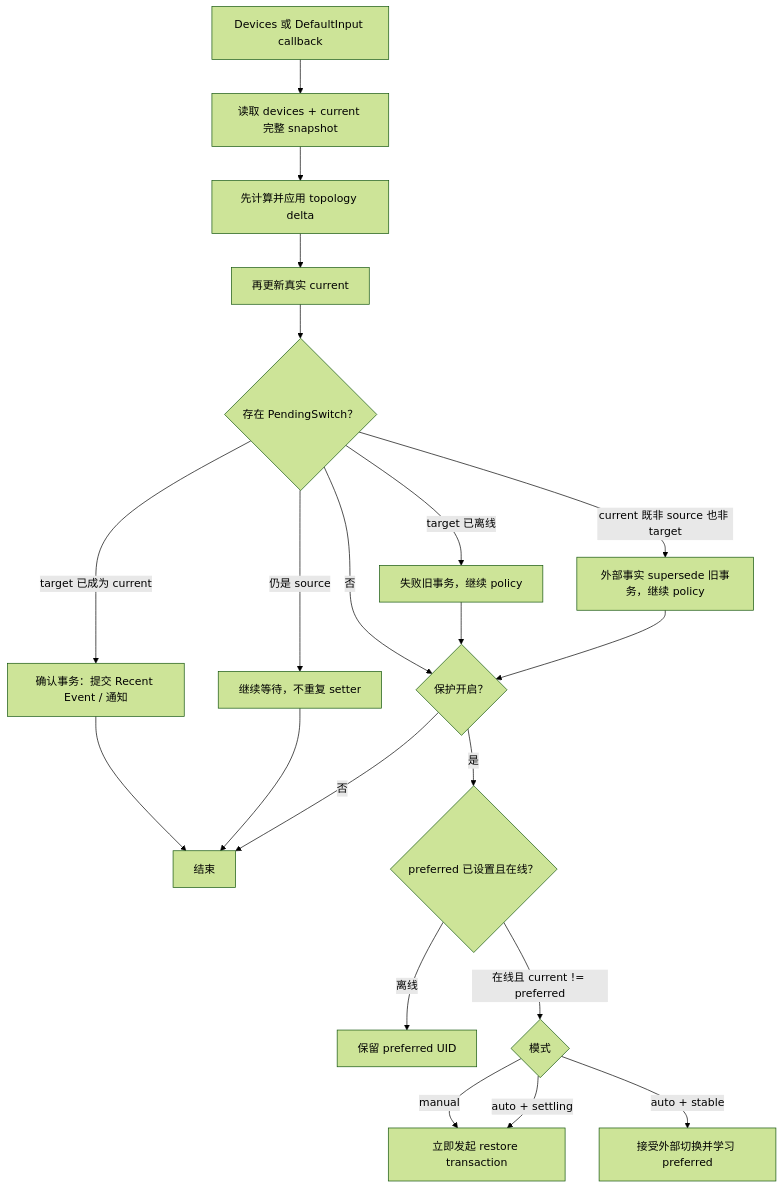
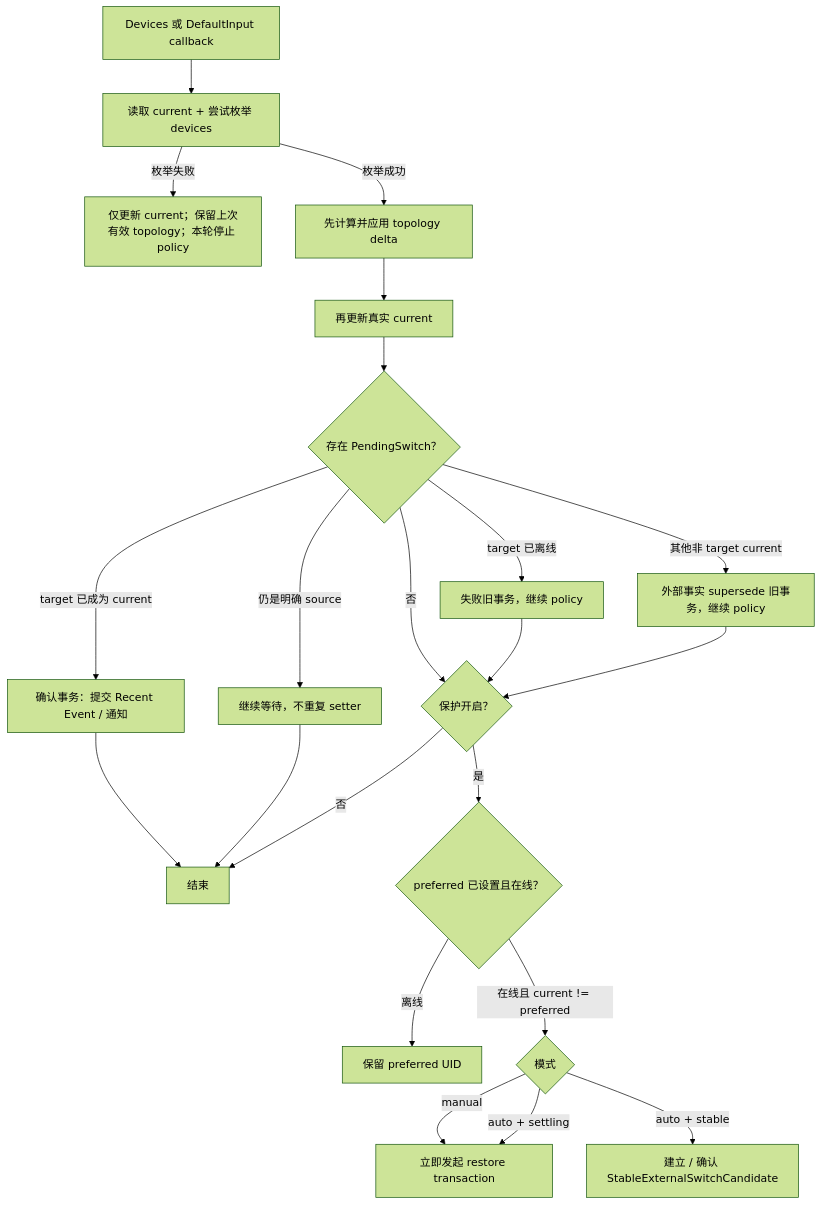
The second of 3 diagrams in docs/auto-mode.md (Forgo7ten/MicLock), drawn with Mermaid (forest theme) before and after one commit. The commit also changed other lines of this file and 1 other file, not shown here.

Commit message:
docs(auto): document staged CoreAudio reconciliation

````diff
--- a/docs/auto-mode.md
+++ b/docs/auto-mode.md
@@ -61,23 +61,24 @@
 ```mermaid
 flowchart TD
-    A["Devices 或 DefaultInput callback"] --> B["读取 devices + current 完整 snapshot"]
-    B --> C["先计算并应用 topology delta"]
+    A["Devices 或 DefaultInput callback"] --> B["读取 current + 尝试枚举 devices"]
+    B -->|枚举失败| B1["仅更新 current；保留上次有效 topology；本轮停止 policy"]
+    B -->|枚举成功| C["先计算并应用 topology delta"]
     C --> D["再更新真实 current"]
     D --> E{"存在 PendingSwitch？"}
     E -->|target 已成为 current| E1["确认事务：提交 Recent Event / 通知"]
     E -->|target 已离线| E2["失败旧事务，继续 policy"]
-    E -->|current 既非 source 也非 target| E3["外部事实 supersede 旧事务，继续 policy"]
-    E -->|仍是 source| E4["继续等待，不重复 setter"]
+    E -->|仍是明确 source| E4["继续等待，不重复 setter"]
+    E -->|其他非 target current| E3["外部事实 supersede 旧事务，继续 policy"]
     E -->|否| F{"保护开启？"}
     E2 --> F
     E3 --> F
     E1 --> Z[结束]
     E4 --> Z
     F -->|否| Z
     F -->|是| G{"preferred 已设置且在线？"}
     G -->|离线| G1[保留 preferred UID]
     G -->|在线且 current != preferred| H{"模式"}
     H -->|manual| R[立即发起 restore transaction]
     H -->|auto + settling| R
-    H -->|auto + stable| U[接受外部切换并学习 preferred]
+    H -->|auto + stable| U[建立 / 确认 StableExternalSwitchCandidate]
 ```
````
